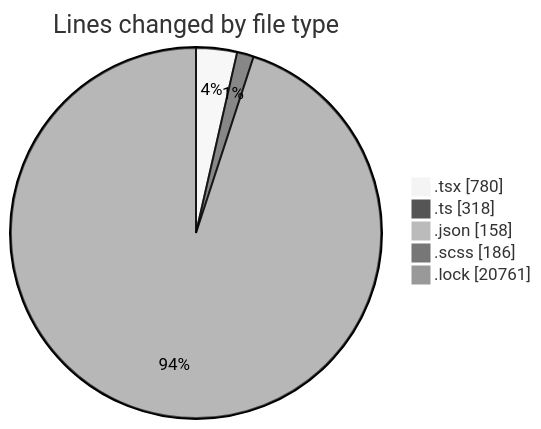
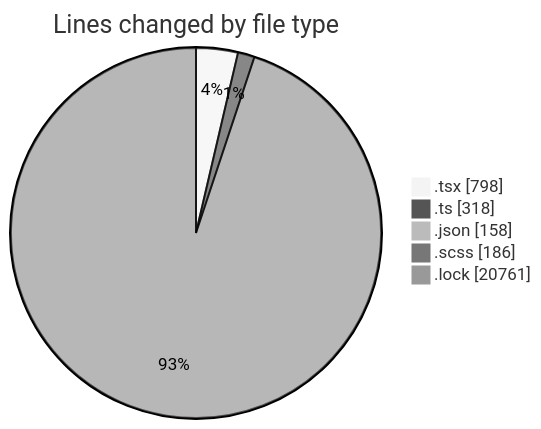
The first of 2 diagrams in 2025-04-29/cda/README.md (momahboobian/code-tracking), drawn with Mermaid (neutral theme) before and after one commit. The commit also changed other lines of this file and 1 other file, not shown here.

````diff
--- a/2025-04-29/cda/README.md
+++ b/2025-04-29/cda/README.md
@@ -36,9 +36,9 @@
 ```mermaid
 pie showData
 title Lines changed by file type
-".tsx" : 780
+".tsx" : 798
 ".ts" : 318
 ".json" : 158
 ".scss" : 186
 ".lock" : 20761
 ```
````
